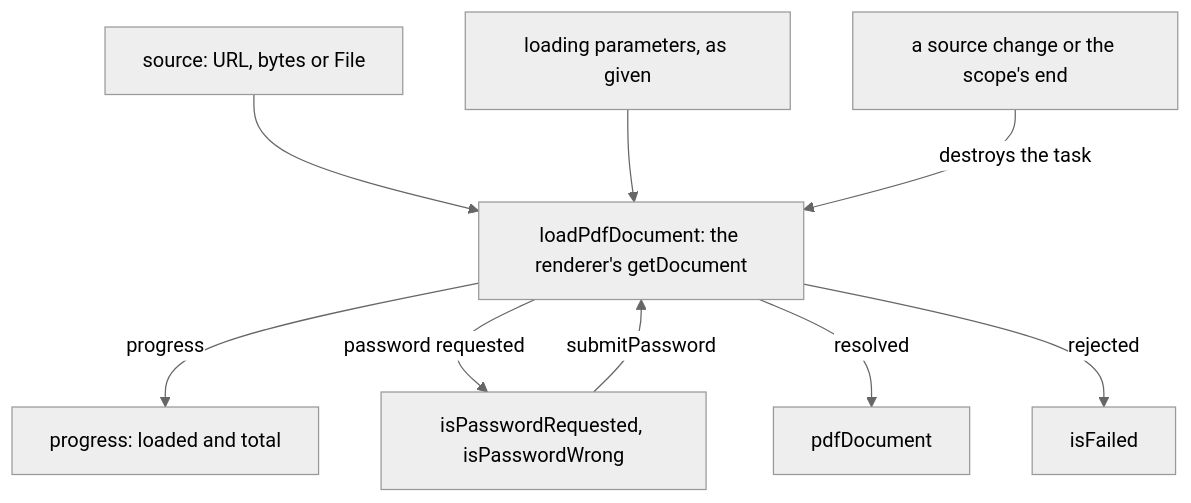
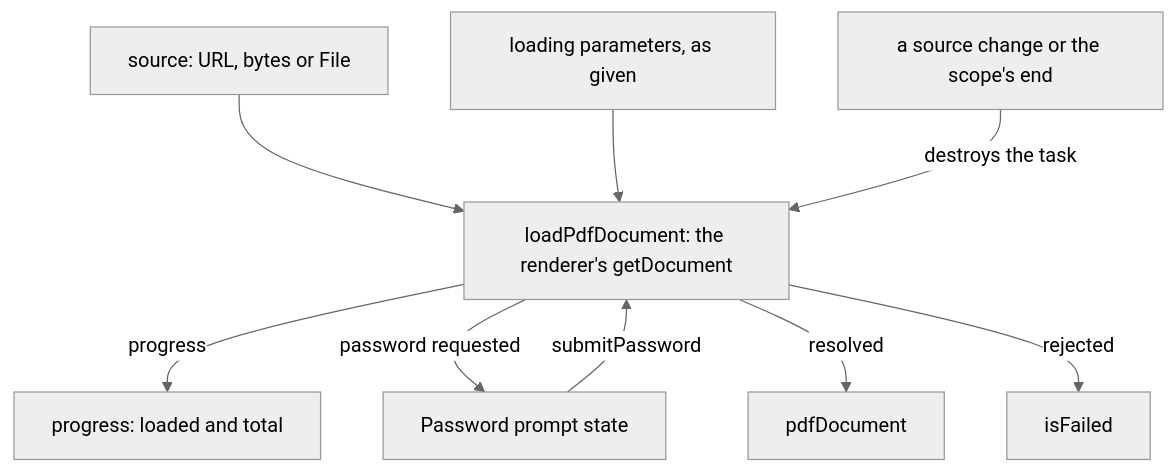
One commit to Esposter/Esposter changed the diagram in openspec/specs/vue-pdfjs-headless/document/design.md. Above: the diagram before and after it, drawn with Mermaid (neutral theme). The commit also changed 5 other files, not shown here.

````diff
--- a/openspec/specs/vue-pdfjs-headless/document/design.md
+++ b/openspec/specs/vue-pdfjs-headless/document/design.md
@@ -15,11 +15,11 @@
 ```mermaid
 flowchart TD
   source["source: URL, bytes or File"] --> load["loadPdfDocument: the renderer's getDocument"]
   parameters["loading parameters, as given"] --> load
   load -->|"progress"| progress["progress: loaded and total"]
-  load -->|"password requested"| password["isPasswordRequested, isPasswordWrong"]
+  load -->|"password requested"| password["Password prompt state"]
   password -->|"submitPassword"| load
   load -->|"resolved"| document["pdfDocument"]
   load -->|"rejected"| failed["isFailed"]
   release["a source change or the scope's end"] -->|"destroys the task"| load
 ```
````
